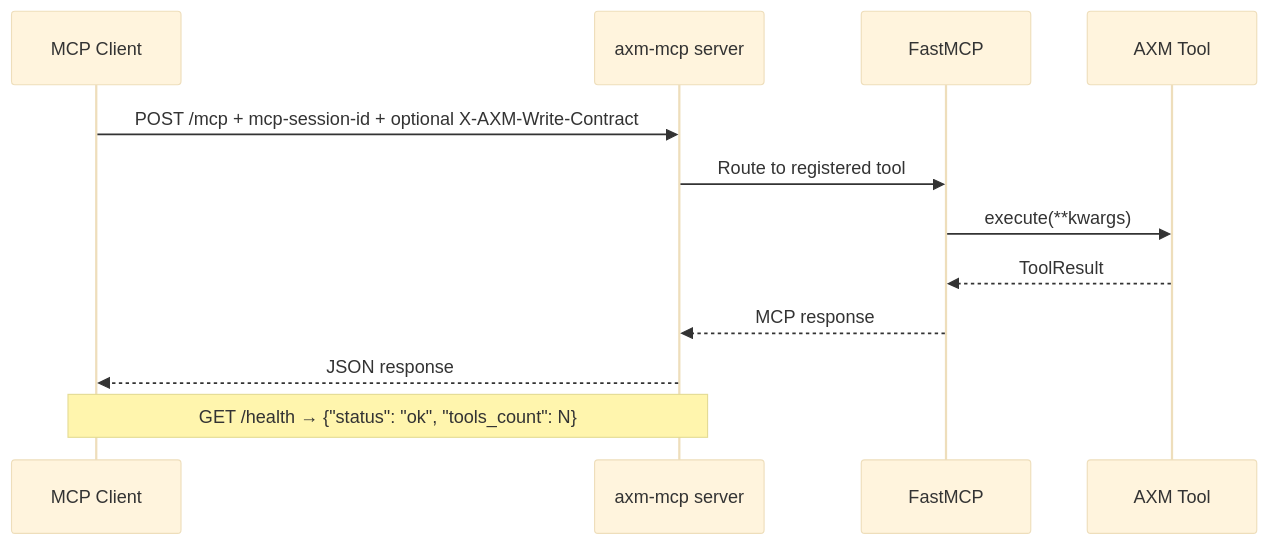
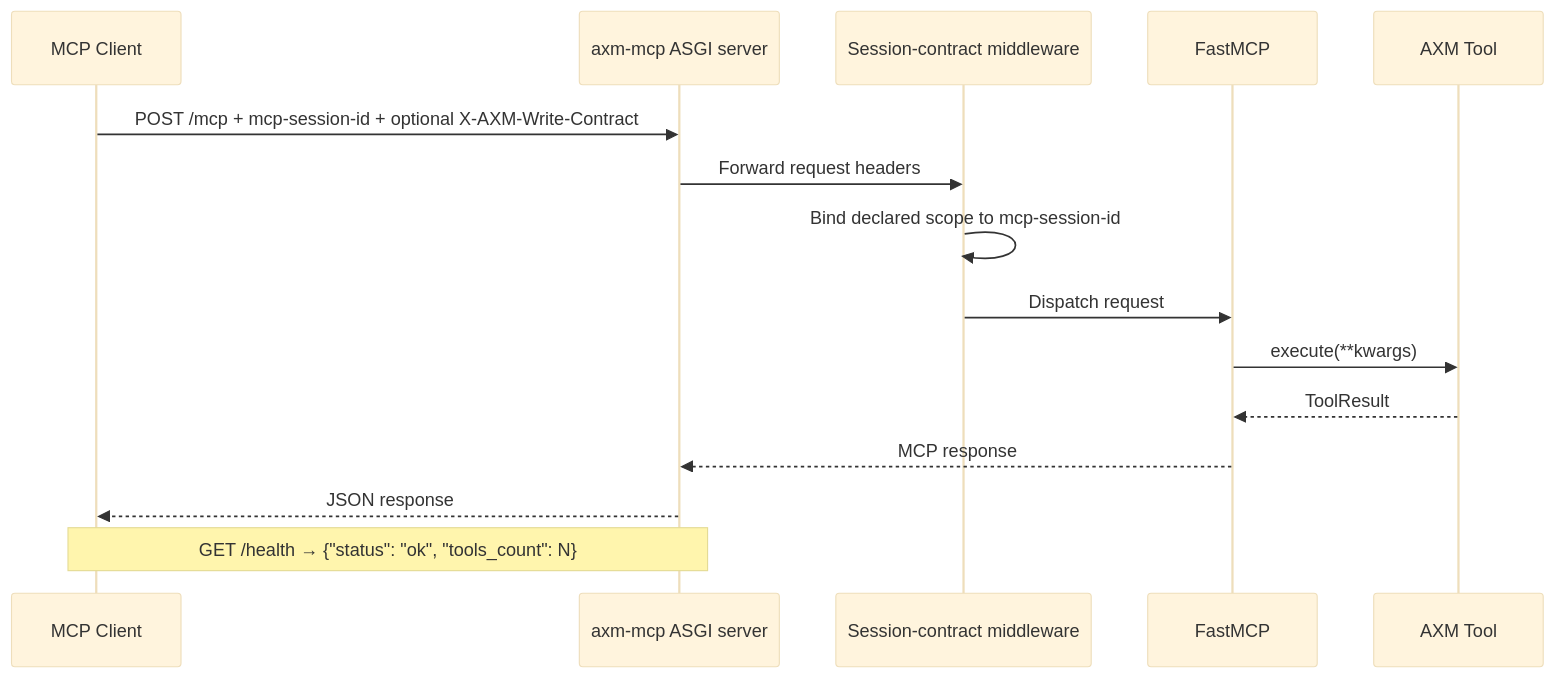
Before and after one commit to axm-protocols/axm-forge: the fourth of 5 diagrams in packages/axm-mcp/docs/explanation/architecture.md, drawn with Mermaid (base theme). The commit also changed other lines of this file and 13 other files, not shown here.

First line of the commit message:
feat(axm-mcp): bind shared write scopes per request

````diff
--- a/packages/axm-mcp/docs/explanation/architecture.md
+++ b/packages/axm-mcp/docs/explanation/architecture.md
@@ -69,16 +69,19 @@
 ```mermaid
 sequenceDiagram
     participant Client as MCP Client
-    participant Server as axm-mcp server
+    participant Server as axm-mcp ASGI server
+    participant Middleware as Session-contract middleware
     participant FastMCP as FastMCP
     participant Tool as AXM Tool
 
     Client->>Server: POST /mcp + mcp-session-id + optional X-AXM-Write-Contract
-    Server->>FastMCP: Route to registered tool
+    Server->>Middleware: Forward request headers
+    Middleware->>Middleware: Bind declared scope to mcp-session-id
+    Middleware->>FastMCP: Dispatch request
     FastMCP->>Tool: execute(**kwargs)
     Tool-->>FastMCP: ToolResult
     FastMCP-->>Server: MCP response
     Server-->>Client: JSON response
 
     Note over Client,Server: GET /health → {"status": "ok", "tools_count": N}
 ```
````
